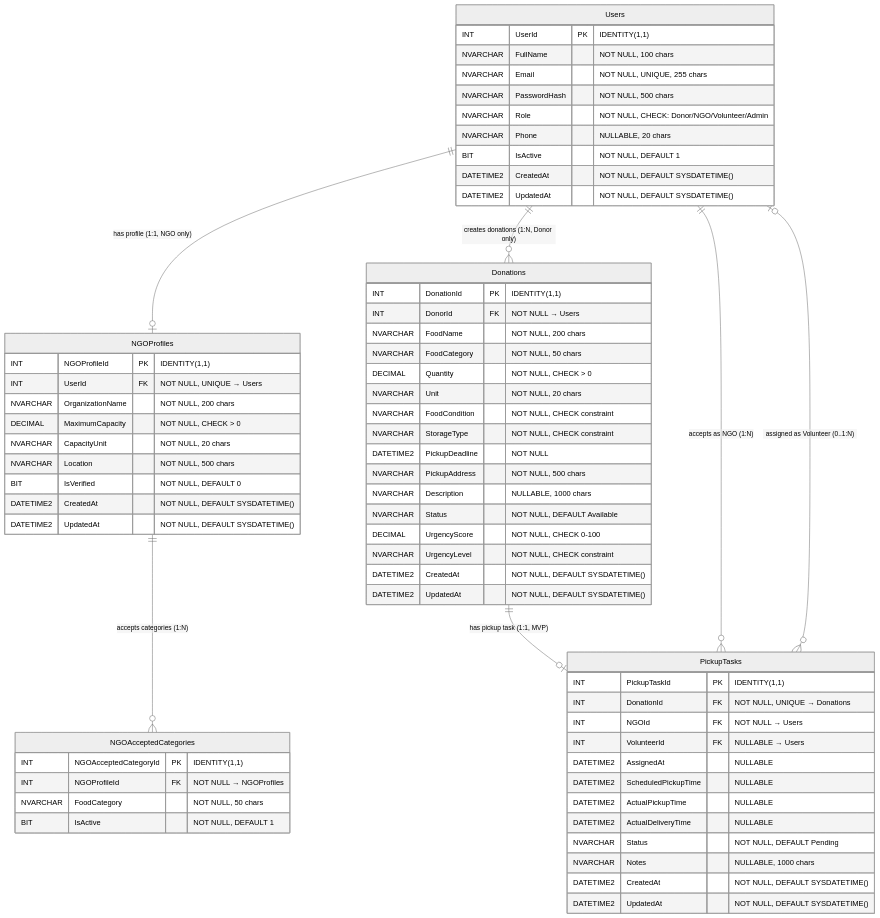
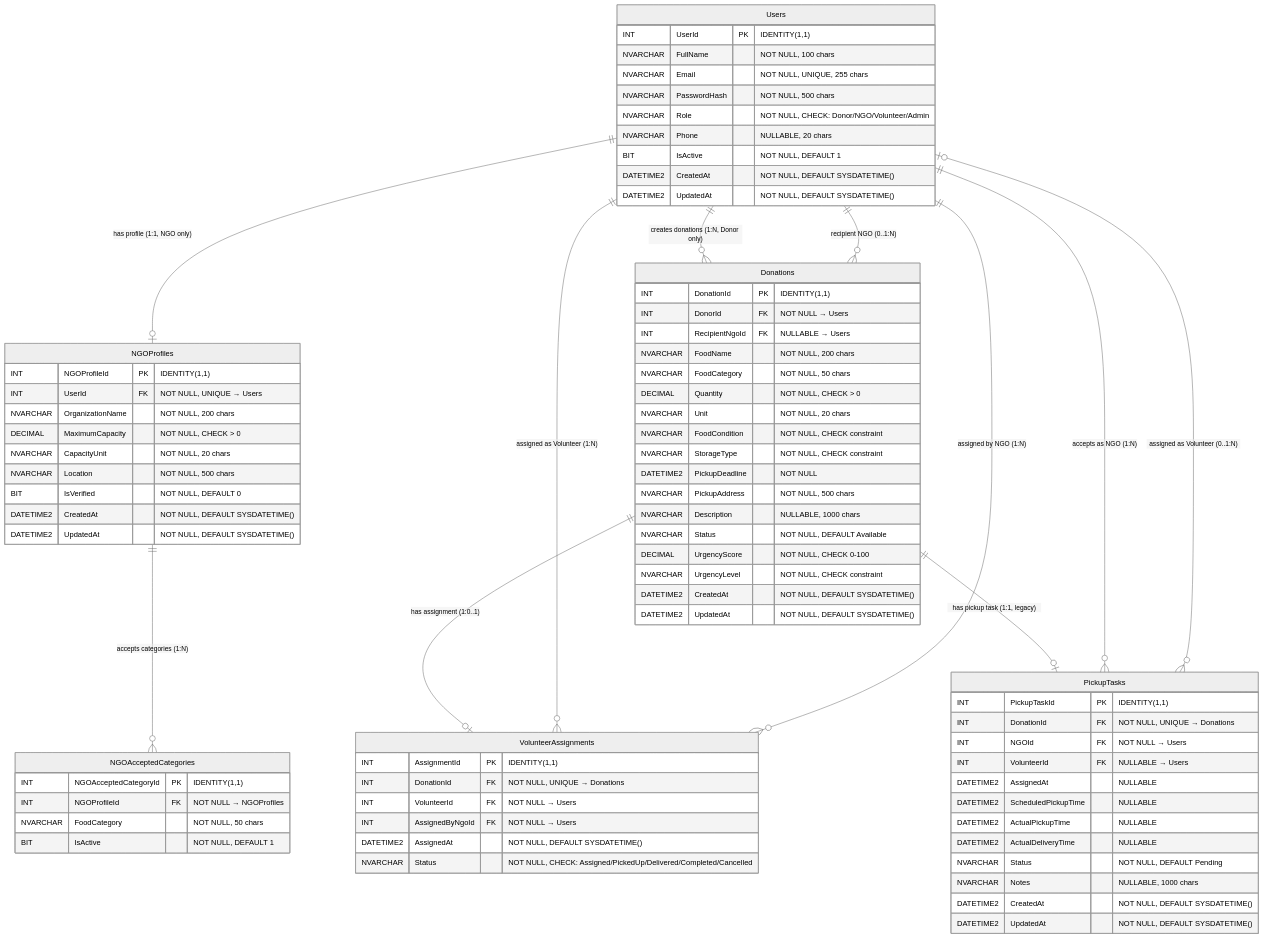
Before and after one commit to soumya2321/RescueFlow-AI: the first of 3 diagrams in database/diagrams/RescueFlow_ERD.md, drawn with Mermaid (neutral theme). The commit also changed other lines of this file and 4 other files, not shown here.

````diff
--- a/database/diagrams/RescueFlow_ERD.md
+++ b/database/diagrams/RescueFlow_ERD.md
@@ -42,6 +42,7 @@
     Donations {
         INT DonationId PK "IDENTITY(1,1)"
         INT DonorId FK "NOT NULL → Users"
+        INT RecipientNgoId FK "NULLABLE → Users"
         NVARCHAR FoodName "NOT NULL, 200 chars"
         NVARCHAR FoodCategory "NOT NULL, 50 chars"
         DECIMAL Quantity "NOT NULL, CHECK > 0"
@@ -56,6 +57,15 @@
         NVARCHAR UrgencyLevel "NOT NULL, CHECK constraint"
         DATETIME2 CreatedAt "NOT NULL, DEFAULT SYSDATETIME()"
         DATETIME2 UpdatedAt "NOT NULL, DEFAULT SYSDATETIME()"
+    }
+
+    VolunteerAssignments {
+        INT AssignmentId PK "IDENTITY(1,1)"
+        INT DonationId FK "NOT NULL, UNIQUE → Donations"
+        INT VolunteerId FK "NOT NULL → Users"
+        INT AssignedByNgoId FK "NOT NULL → Users"
+        DATETIME2 AssignedAt "NOT NULL, DEFAULT SYSDATETIME()"
+        NVARCHAR Status "NOT NULL, CHECK: Assigned/PickedUp/Delivered/Completed/Cancelled"
     }
 
     PickupTasks {
@@ -76,7 +86,11 @@
     Users ||--o| NGOProfiles : "has profile (1:1, NGO only)"
     NGOProfiles ||--o{ NGOAcceptedCategories : "accepts categories (1:N)"
     Users ||--o{ Donations : "creates donations (1:N, Donor only)"
-    Donations ||--o| PickupTasks : "has pickup task (1:1, MVP)"
+    Users ||--o{ Donations : "recipient NGO (0..1:N)"
+    Donations ||--o| VolunteerAssignments : "has assignment (1:0..1)"
+    Users ||--o{ VolunteerAssignments : "assigned as Volunteer (1:N)"
+    Users ||--o{ VolunteerAssignments : "assigned by NGO (1:N)"
+    Donations ||--o| PickupTasks : "has pickup task (1:1, legacy)"
     Users ||--o{ PickupTasks : "accepts as NGO (1:N)"
     Users |o--o{ PickupTasks : "assigned as Volunteer (0..1:N)"
 ```
````
